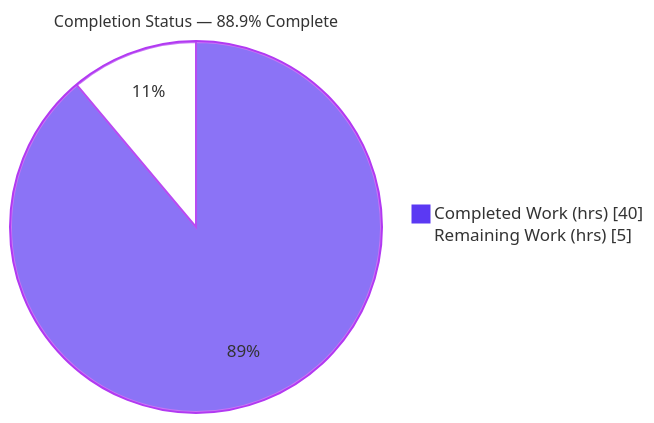
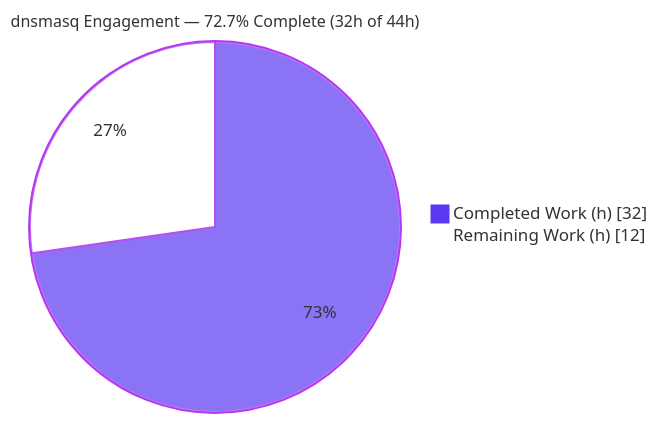
One commit to blitzy-public-samples/blitzy-dnsmasq changed the first of 3 diagrams in blitzy/documentation/Project Guide.md. Above: the diagram before and after it, drawn with Mermaid. The commit also changed other lines of this file, not shown here.

Commit message:
Adding Blitzy Project Guide: Project Status and Human Tasks Remaining

````diff
--- a/blitzy/documentation/Project Guide.md
+++ b/blitzy/documentation/Project Guide.md
@@ -19,6 +16,6 @@
 ```mermaid
-%%{init: {'theme':'base','themeVariables':{'pie1':'#5B39F3','pie2':'#FFFFFF','pieStrokeColor':'#B23AF2','pieOuterStrokeColor':'#B23AF2','pieTitleTextSize':'16px','pieSectionTextColor':'#333333'}}}%%
-pie showData title Completion Status — 88.9% Complete
-    "Completed Work (hrs)" : 40
-    "Remaining Work (hrs)" : 5
+%%{init: {"theme":"base","themeVariables":{"pie1":"#5B39F3","pie2":"#FFFFFF","pieStrokeColor":"#B23AF2","pieOuterStrokeColor":"#B23AF2","pieStrokeWidth":"2px","pieTitleTextSize":"16px","pieSectionTextColor":"#333333"}}}%%
+pie showData title dnsmasq Engagement — 72.7% Complete (32h of 44h)
+    "Completed Work (h)" : 32
+    "Remaining Work (h)" : 12
 ```
````
